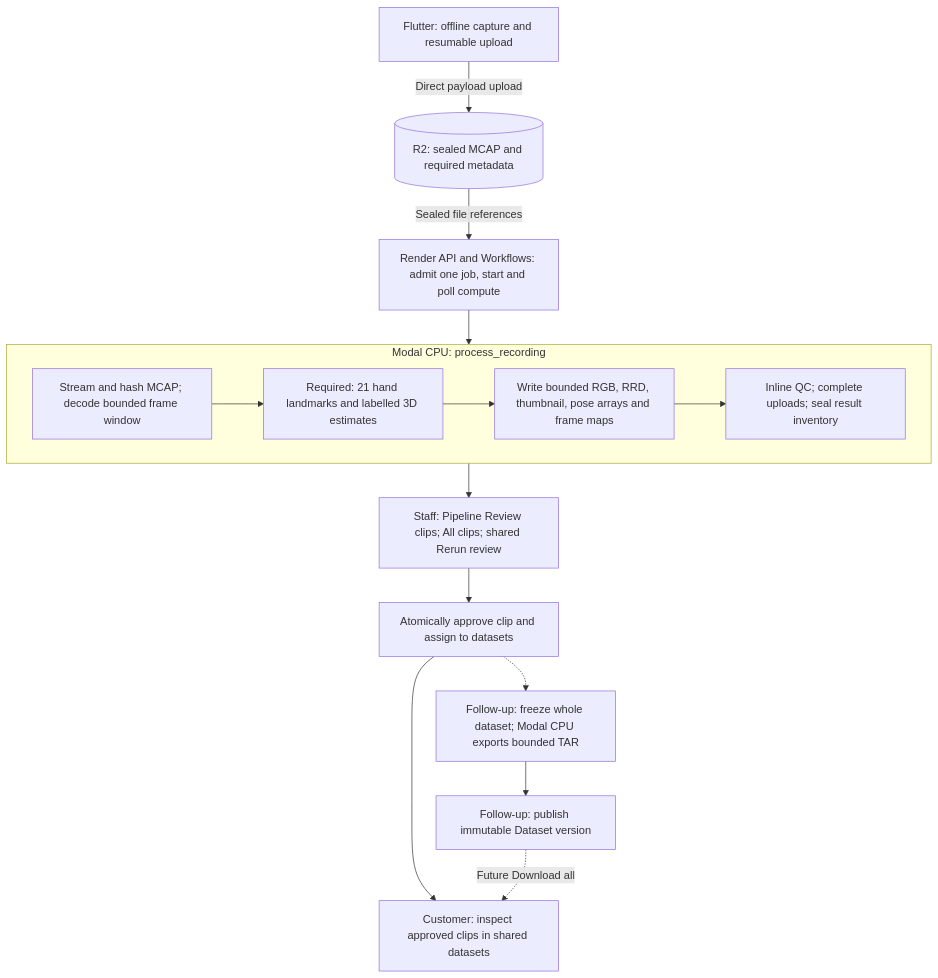
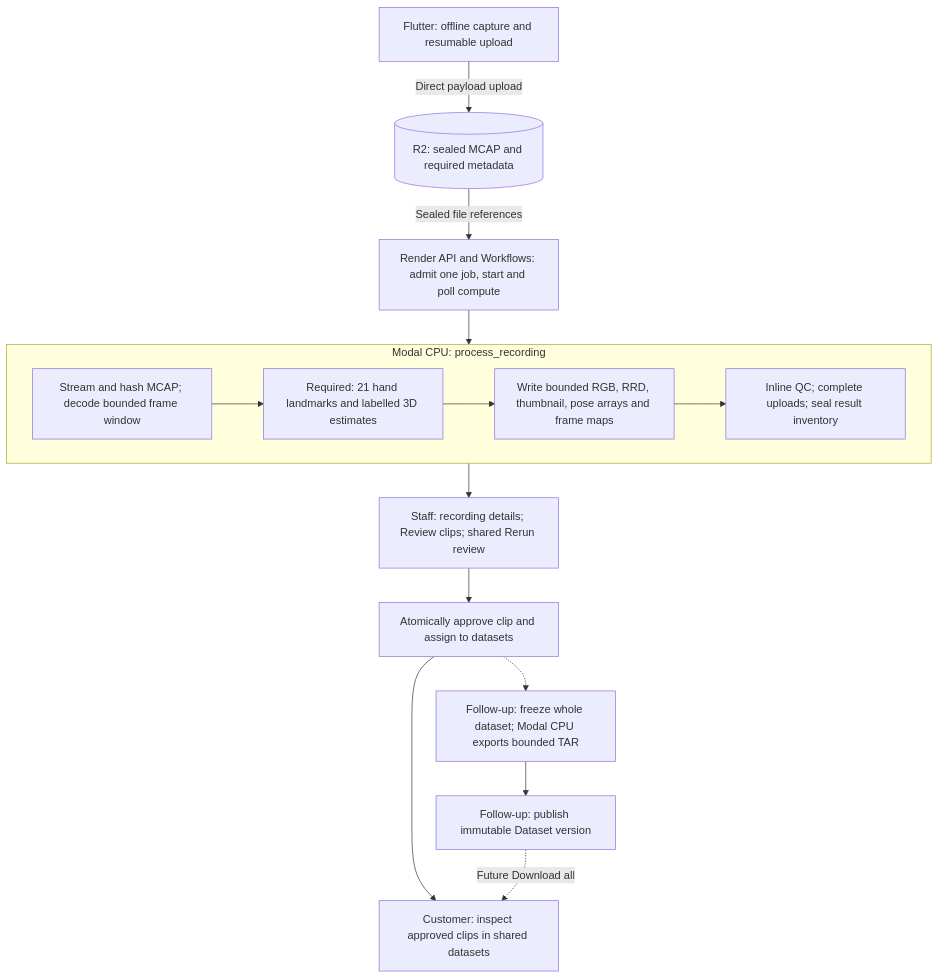
The diagram in docs/figures/processing-stages.md (StateAction-ai/stateaction), drawn with Mermaid before and after one commit. The commit also changed other lines of this file and 27 other files, not shown here.

Commit message:
docs: move Pipeline actions into recording details

````diff
--- a/docs/figures/processing-stages.md
+++ b/docs/figures/processing-stages.md
@@ -5,24 +5,24 @@
 ```mermaid
 flowchart TD
     capture["Flutter: offline capture and resumable upload"]
     source[("R2: sealed MCAP and required metadata")]
     dispatch["Render API and Workflows: admit one job, start and poll compute"]
     subgraph process["Modal CPU: process_recording"]
         extract["Stream and hash MCAP; decode bounded frame window"]
         hands["Required: 21 hand landmarks and labelled 3D estimates"]
         preview["Write bounded RGB, RRD, thumbnail, pose arrays and frame maps"]
         qc["Inline QC; complete uploads; seal result inventory"]
         extract --> hands --> preview --> qc
     end
-    review["Staff: Pipeline Review clips; All clips; shared Rerun review"]
+    review["Staff: recording details; Review clips; shared Rerun review"]
     datasets["Atomically approve clip and assign to datasets"]
     export["Follow-up: freeze whole dataset; Modal CPU exports bounded TAR"]
     publish["Follow-up: publish immutable Dataset version"]
     customer["Customer: inspect approved clips in shared datasets"]
     capture -->|"Direct payload upload"| source
     source -->|"Sealed file references"| dispatch
     dispatch --> process
     process --> review --> datasets --> customer
     datasets -.-> export --> publish
     publish -.->|"Future Download all"| customer
 ```
````
